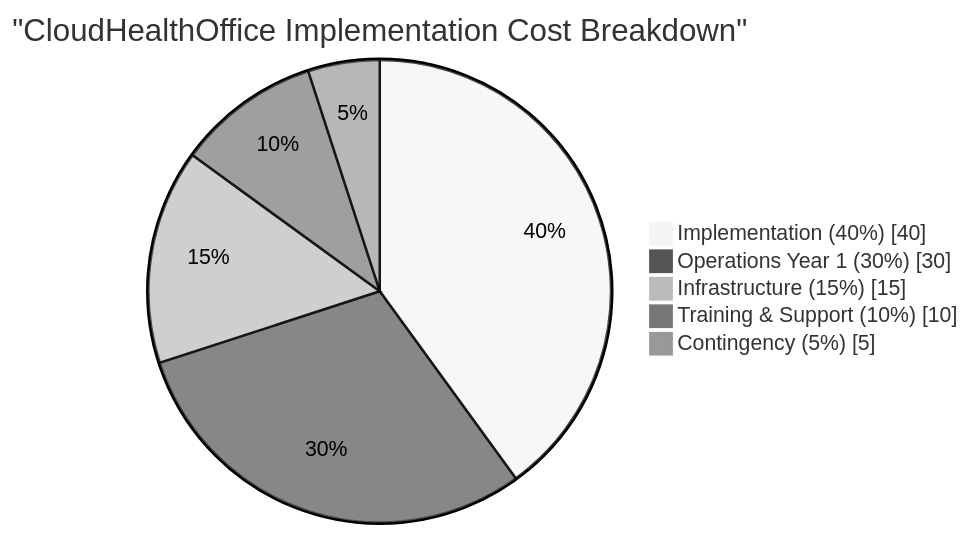
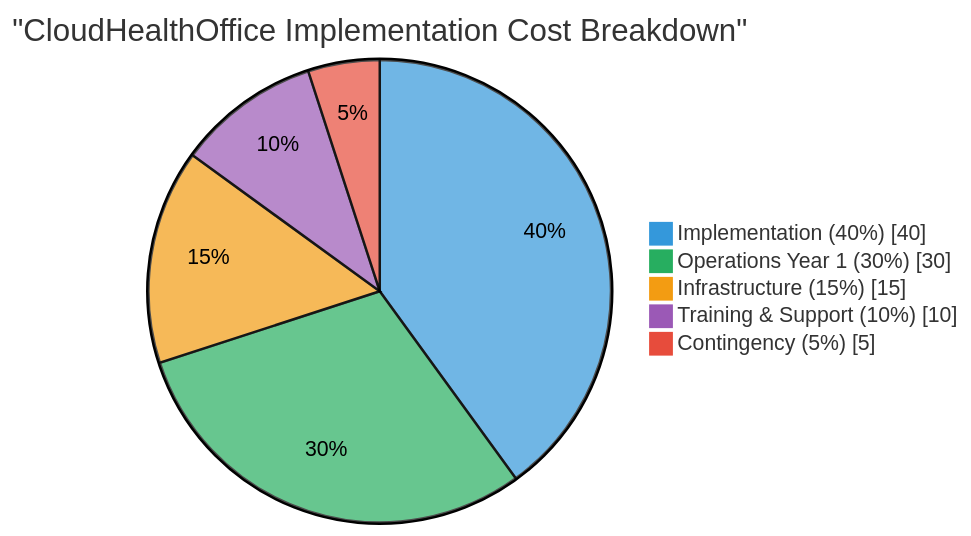
Before and after one commit to aurelianware/cloudhealthoffice: the third of 4 diagrams in docs/WHITEPAPER-CMS-0057-F-COMPLIANCE.md, drawn with Mermaid. The commit also changed other lines of this file and 4 other files, not shown here.

````diff
--- a/docs/WHITEPAPER-CMS-0057-F-COMPLIANCE.md
+++ b/docs/WHITEPAPER-CMS-0057-F-COMPLIANCE.md
@@ -379,10 +468,10 @@
 ```mermaid
-%%{init: {'theme': 'neutral'}}%%
+%%{init: {'theme': 'neutral', 'themeVariables': { 'pie1': '#3498db', 'pie2': '#27ae60', 'pie3': '#f39c12', 'pie4': '#9b59b6', 'pie5': '#e74c3c' }}}%%
 pie showData
     title "CloudHealthOffice Implementation Cost Breakdown"
     "Implementation (40%)" : 40
     "Operations Year 1 (30%)" : 30
     "Infrastructure (15%)" : 15
     "Training & Support (10%)" : 10
     "Contingency (5%)" : 5
 ```
````
